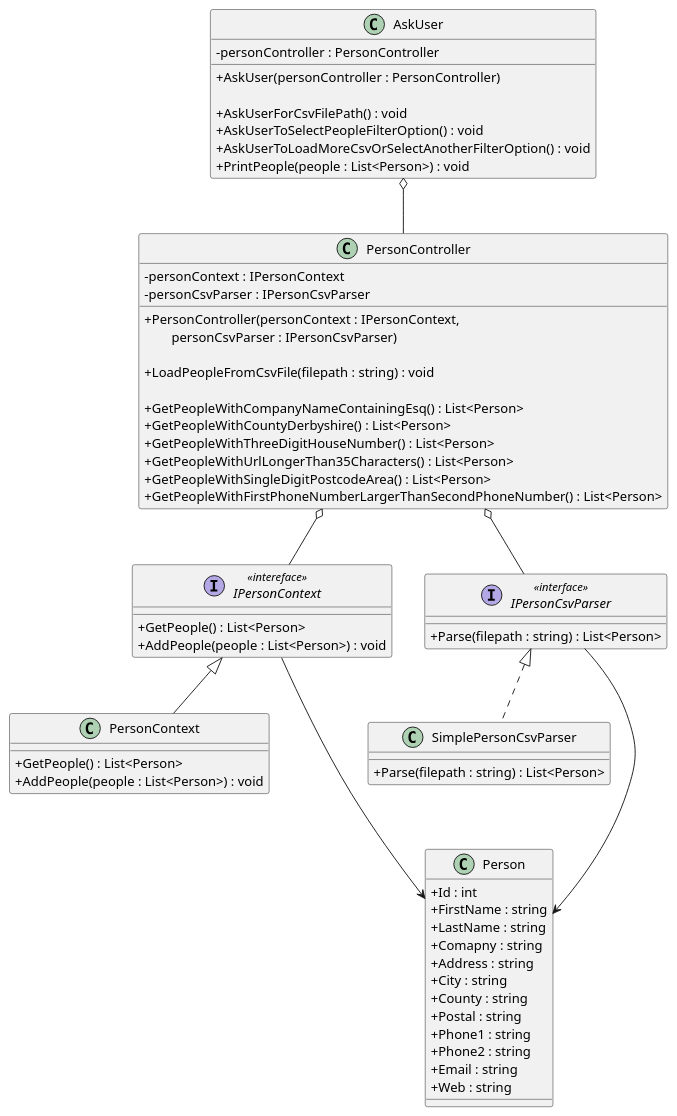
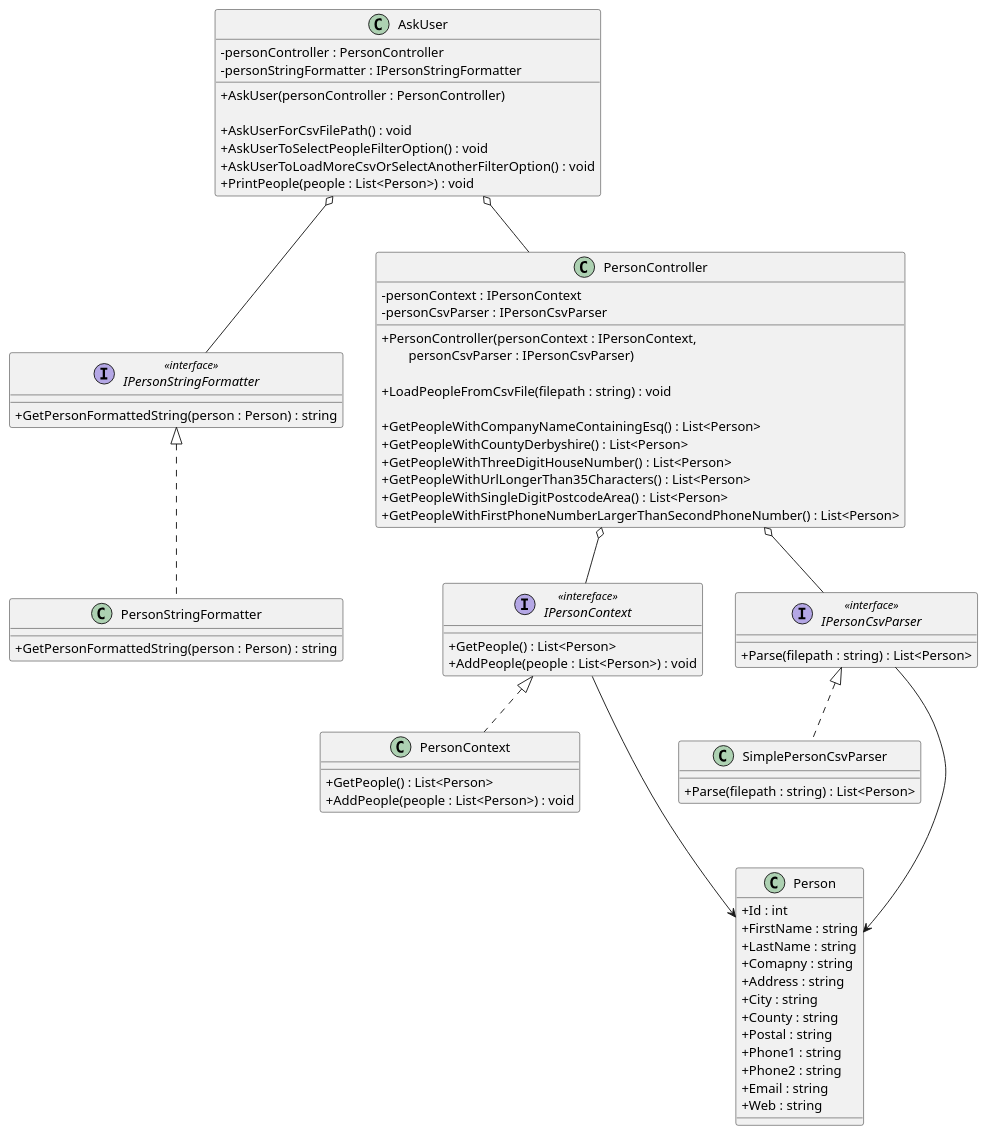
One commit to iamfranco/PersonConsoleApp changed the diagram in diagrams/UML/PersonApp.puml. Above: the diagram before and after it, drawn with PlantUML. The commit also changed 1 other file, not shown here.

Commit message:
UML diagram: add IPersonStringFormatter interface and PersonStringFormatter class

```diff
--- a/diagrams/UML/PersonApp.puml
+++ b/diagrams/UML/PersonApp.puml
@@ -1,76 +1,88 @@
 @startuml "PersonApp"
 skinparam ClassAttributeIconSize 0
 
 class AskUser {
     - personController : PersonController
+    - personStringFormatter : IPersonStringFormatter
 
     + AskUser(personController : PersonController)
 
     + AskUserForCsvFilePath() : void
     + AskUserToSelectPeopleFilterOption() : void
     + AskUserToLoadMoreCsvOrSelectAnotherFilterOption() : void
     + PrintPeople(people : List<Person>) : void
+}
+
+interface IPersonStringFormatter <<interface>> {
+    + GetPersonFormattedString(person : Person) : string
+}
+
+class PersonStringFormatter {
+    + GetPersonFormattedString(person : Person) : string
 }
 
 class PersonController {
     - personContext : IPersonContext
     - personCsvParser : IPersonCsvParser
 
     + PersonController(personContext : IPersonContext, \n\
         personCsvParser : IPersonCsvParser)
 
     + LoadPeopleFromCsvFile(filepath : string) : void
 
     + GetPeopleWithCompanyNameContainingEsq() : List<Person>
     + GetPeopleWithCountyDerbyshire() : List<Person>
     + GetPeopleWithThreeDigitHouseNumber() : List<Person>
     + GetPeopleWithUrlLongerThan35Characters() : List<Person>
     + GetPeopleWithSingleDigitPostcodeArea() : List<Person>
     + GetPeopleWithFirstPhoneNumberLargerThanSecondPhoneNumber() : List<Person>
 }
 
 interface IPersonContext <<intereface>> {
     + GetPeople() : List<Person>
     + AddPeople(people : List<Person>) : void
 }
 
 class PersonContext {
     + GetPeople() : List<Person>
     + AddPeople(people : List<Person>) : void
 }
 
 interface IPersonCsvParser <<interface>> {
     + Parse(filepath : string) : List<Person>
 }
 
 class SimplePersonCsvParser {
     + Parse(filepath : string) : List<Person>
 }
 
 class Person {
     + Id : int
     + FirstName : string
     + LastName : string
     + Comapny : string
     + Address : string
     + City : string
     + County : string
     + Postal : string
     + Phone1 : string
     + Phone2 : string
     + Email : string
     + Web : string
 }
 
 AskUser o-- PersonController
+AskUser o-- IPersonStringFormatter
+
+IPersonStringFormatter <|.. PersonStringFormatter
 
 PersonController o-- IPersonContext
 PersonController o-- IPersonCsvParser
 
-IPersonContext <|-- PersonContext
+IPersonContext <|.. PersonContext
 IPersonContext ---> Person
 
 IPersonCsvParser <|.. SimplePersonCsvParser
 IPersonCsvParser ---> Person
 
 @enduml
```
